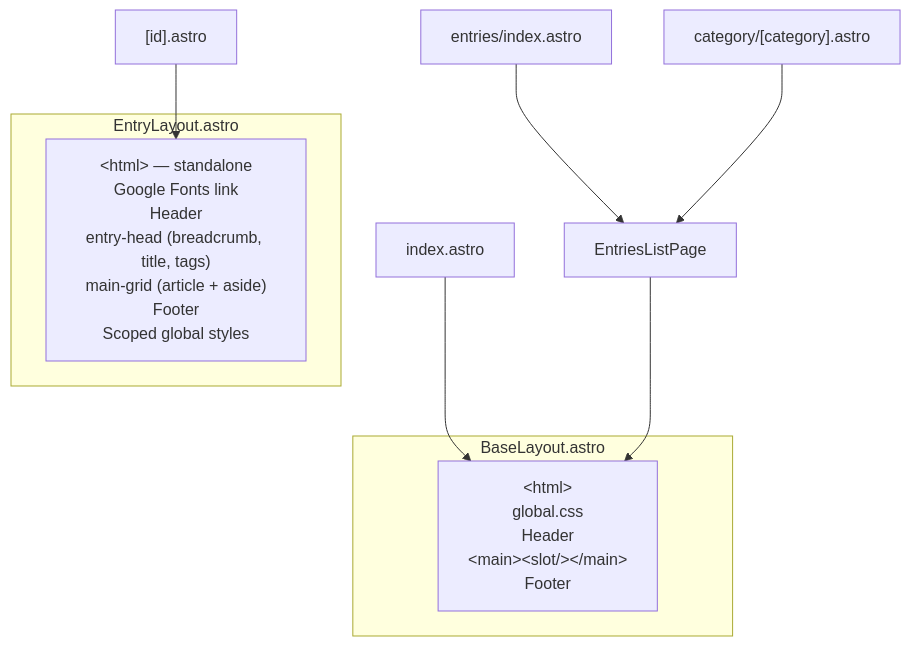
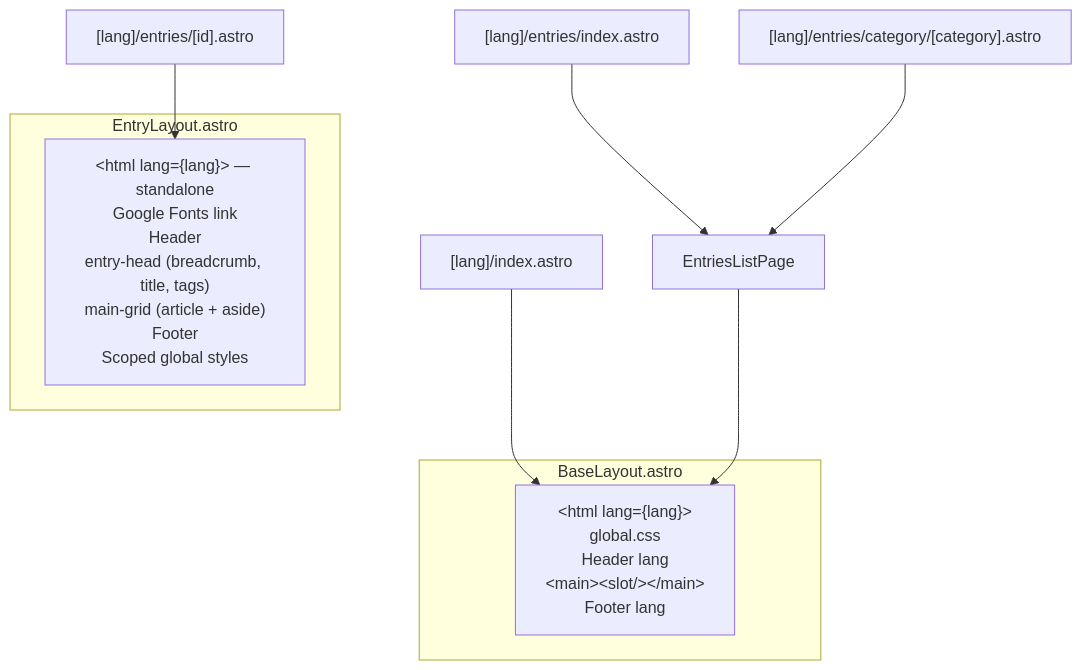
One commit to khanhhung142/mythic-pages changed the second of 2 diagrams in doc/routing-and-pages.md. Above: the diagram before and after it, drawn with Mermaid. The commit also changed other lines of this file and 12 other files, not shown here.

````diff
--- a/doc/routing-and-pages.md
+++ b/doc/routing-and-pages.md
@@ -40,15 +43,15 @@
 ```mermaid
 graph TD
     subgraph "BaseLayout.astro"
-        BL["&lt;html&gt;<br/>global.css<br/>Header<br/>&lt;main&gt;&lt;slot/&gt;&lt;/main&gt;<br/>Footer"]
+        BL["&lt;html lang={lang}&gt;<br/>global.css<br/>Header lang<br/>&lt;main&gt;&lt;slot/&gt;&lt;/main&gt;<br/>Footer lang"]
     end
 
     subgraph "EntryLayout.astro"
-        EL["&lt;html&gt; — standalone<br/>Google Fonts link<br/>Header<br/>entry-head (breadcrumb, title, tags)<br/>main-grid (article + aside)<br/>Footer<br/>Scoped global styles"]
+        EL["&lt;html lang={lang}&gt; — standalone<br/>Google Fonts link<br/>Header<br/>entry-head (breadcrumb, title, tags)<br/>main-grid (article + aside)<br/>Footer<br/>Scoped global styles"]
     end
 
-    HP[index.astro] --> BL
-    LP[entries/index.astro] --> ELP[EntriesListPage] --> BL
-    CP["category/[category].astro"] --> ELP
-    EP["[id].astro"] --> EL
+    HP["[lang]/index.astro"] --> BL
+    LP["[lang]/entries/index.astro"] --> ELP[EntriesListPage] --> BL
+    CP["[lang]/entries/category/[category].astro"] --> ELP
+    EP["[lang]/entries/[id].astro"] --> EL
 ```
````
